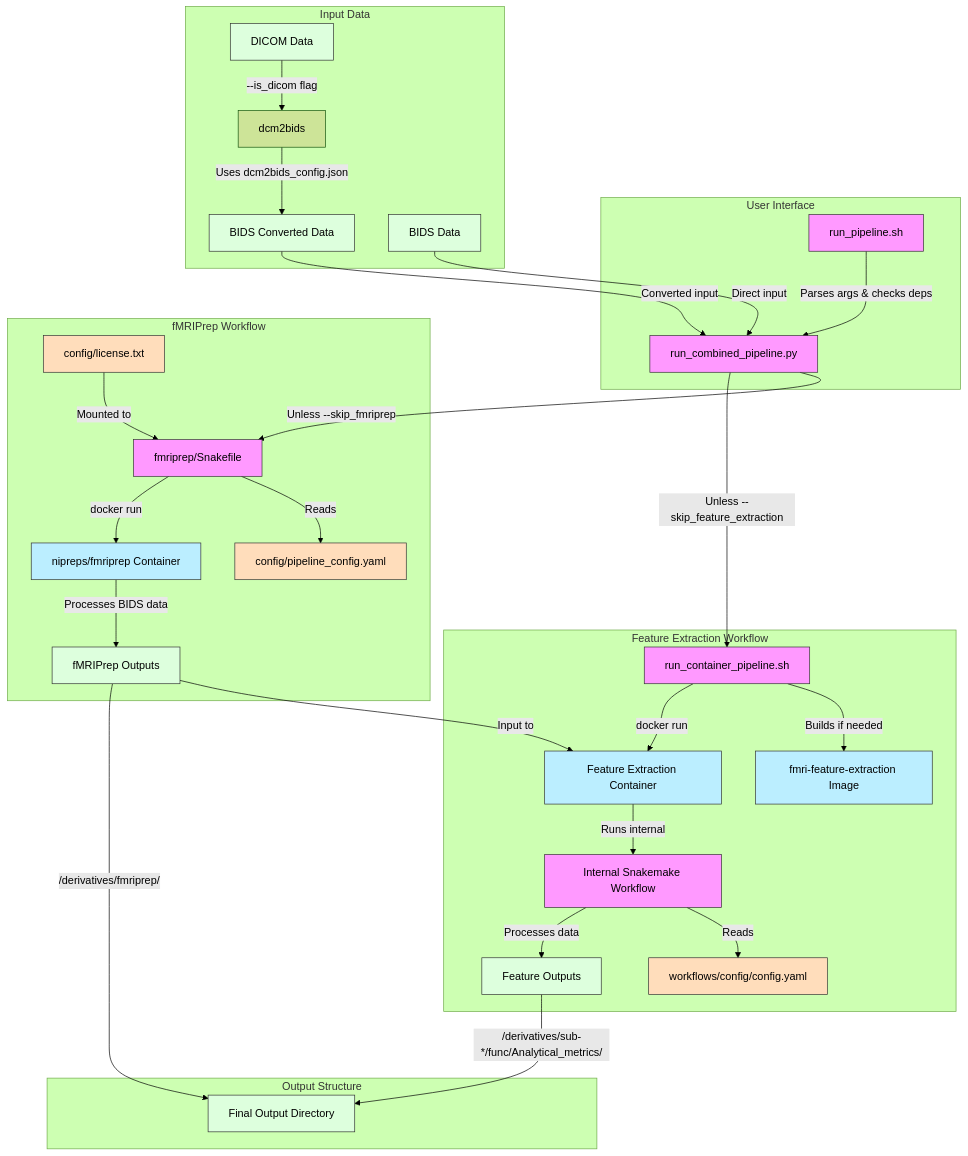
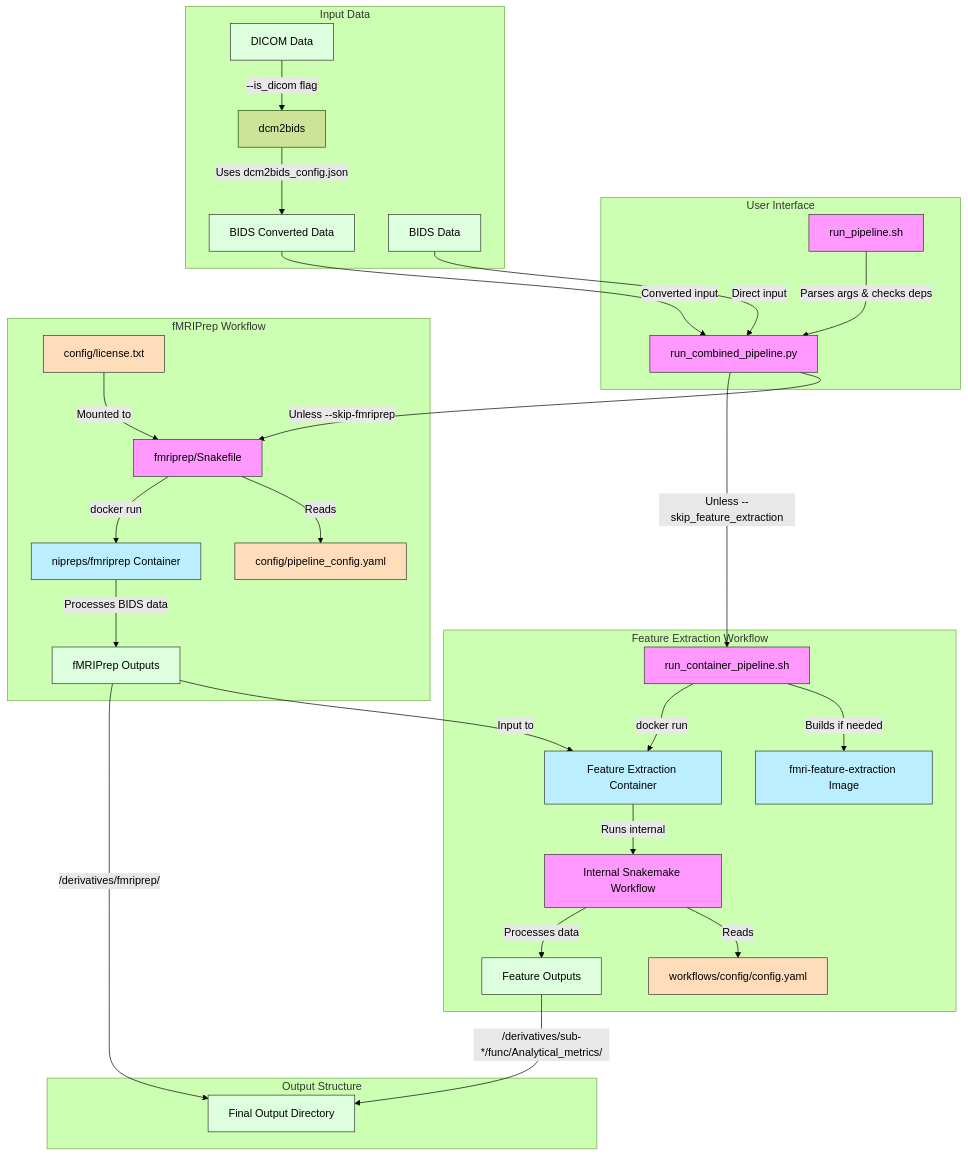
The diagram in docs/pipeline_details.md (DilanjanDK7/fMRI-Processing-Pipeline-Epilepsy), drawn with Mermaid (forest theme) before and after one commit. The commit also changed other lines of this file and 17 other files, not shown here.

````diff
--- a/docs/pipeline_details.md
+++ b/docs/pipeline_details.md
@@ -12,46 +12,46 @@
 ```mermaid
 flowchart TD
     subgraph "User Interface"
         run[run_pipeline.sh] --> |Parses args & checks deps| orchestrator[run_combined_pipeline.py]
     end
     
     subgraph "Input Data"
         dicom[DICOM Data] -->|--is_dicom flag| convert[dcm2bids]
         convert -->|Uses dcm2bids_config.json| bids_conv[BIDS Converted Data]
         bids[BIDS Data] -->|Direct input| orchestrator
         bids_conv -->|Converted input| orchestrator
     end
     
     subgraph "fMRIPrep Workflow"
-        orchestrator -->|Unless --skip_fmriprep| fmriprep_snake[fmriprep/Snakefile]
+        orchestrator -->|Unless --skip-fmriprep| fmriprep_snake[fmriprep/Snakefile]
         fmriprep_snake -->|Reads| fmriprep_config[config/pipeline_config.yaml]
         fmriprep_license[config/license.txt] -->|Mounted to| fmriprep_snake
         fmriprep_snake -->|docker run| fmriprep_container[nipreps/fmriprep Container]
         fmriprep_container -->|Processes BIDS data| fmriprep_output[fMRIPrep Outputs]
     end
     
     subgraph "Feature Extraction Workflow"
         orchestrator -->|Unless --skip_feature_extraction| feature_script[run_container_pipeline.sh]
         feature_script -->|Builds if needed| feature_image[fmri-feature-extraction Image]
         feature_script -->|docker run| feature_container[Feature Extraction Container]
         feature_container -->|Runs internal| feature_snake[Internal Snakemake Workflow]
         feature_snake -->|Reads| feature_config[workflows/config/config.yaml]
         fmriprep_output -->|Input to| feature_container
         feature_snake -->|Processes data| feature_output[Feature Outputs]
     end
     
     subgraph "Output Structure"
         fmriprep_output -->|/derivatives/fmriprep/| final_output[Final Output Directory]
         feature_output -->|/derivatives/sub-*/func/Analytical_metrics/| final_output
     end
     
     classDef script fill:#f9f,stroke:#333,stroke-width:1px;
     classDef container fill:#bef,stroke:#333,stroke-width:1px;
     classDef config fill:#fdb,stroke:#333,stroke-width:1px;
     classDef data fill:#dfd,stroke:#333,stroke-width:1px;
     
     class run,orchestrator,fmriprep_snake,feature_script,feature_snake script;
     class fmriprep_container,feature_container,feature_image container;
     class fmriprep_config,fmriprep_license,feature_config,dcm2bids_config config;
     class dicom,bids,bids_conv,fmriprep_output,feature_output,final_output data;
 ```
````
